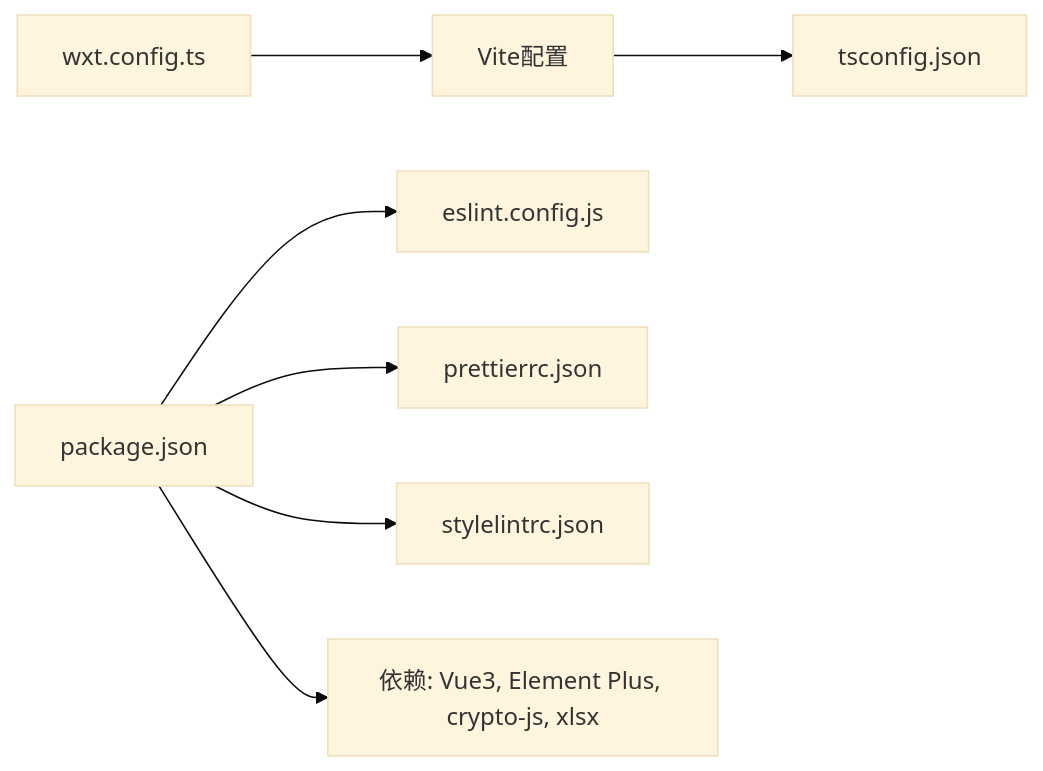
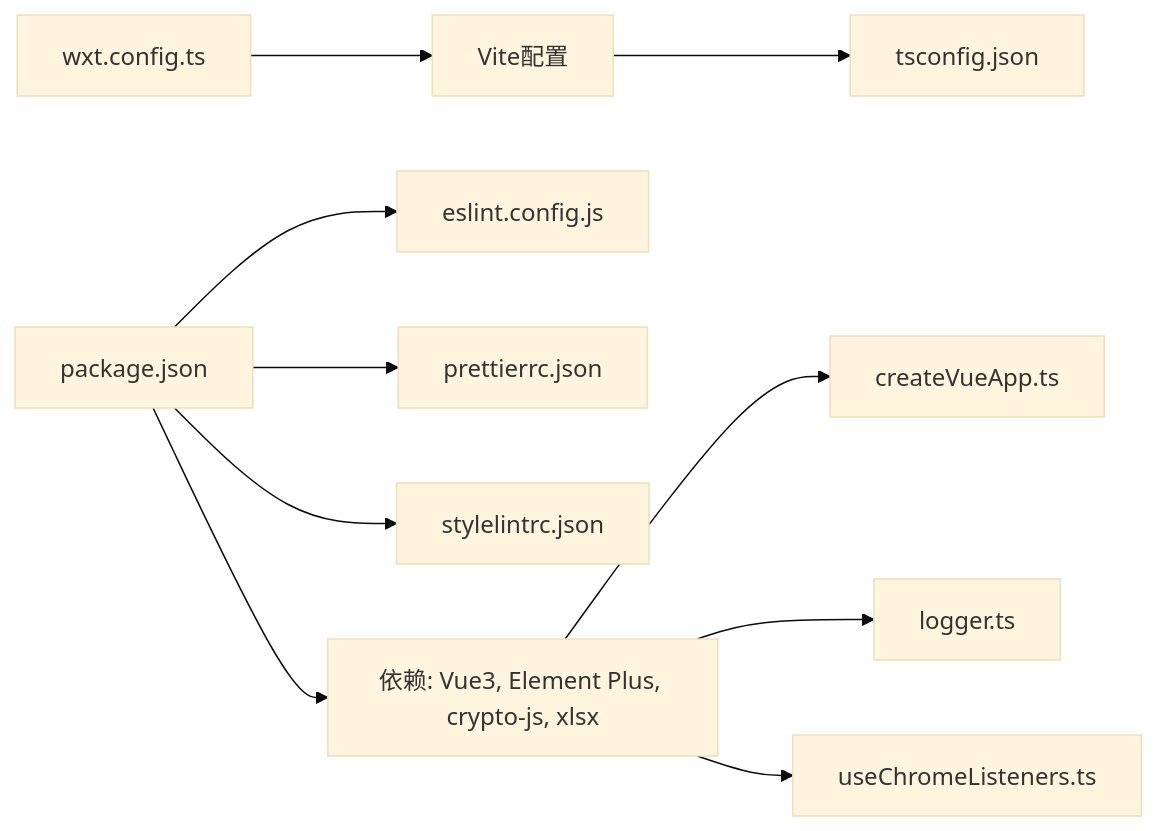
The seventh of 7 diagrams in .qoder/repowiki/zh/content/开发指南/开发指南.md (liaolongdong/account-password-helper), drawn with Mermaid (base theme) before and after one commit. The commit also changed other lines of this file and 23 other files, not shown here.

````diff
--- a/.qoder/repowiki/zh/content/开发指南/开发指南.md
+++ b/.qoder/repowiki/zh/content/开发指南/开发指南.md
@@ -227,9 +284,12 @@
 ```mermaid
 graph LR
 WXT["wxt.config.ts"] --> Vite["Vite配置"]
 Vite --> TS["tsconfig.json"]
 NPM["package.json"] --> ESL["eslint.config.js"]
 NPM --> PRET["prettierrc.json"]
 NPM --> STY["stylelintrc.json"]
 NPM --> DEPS["依赖: Vue3, Element Plus, crypto-js, xlsx"]
+DEPS --> APP_FACTORY["createVueApp.ts"]
+DEPS --> LOGGER["logger.ts"]
+DEPS --> CHROME_LISTENERS["useChromeListeners.ts"]
 ```
````
